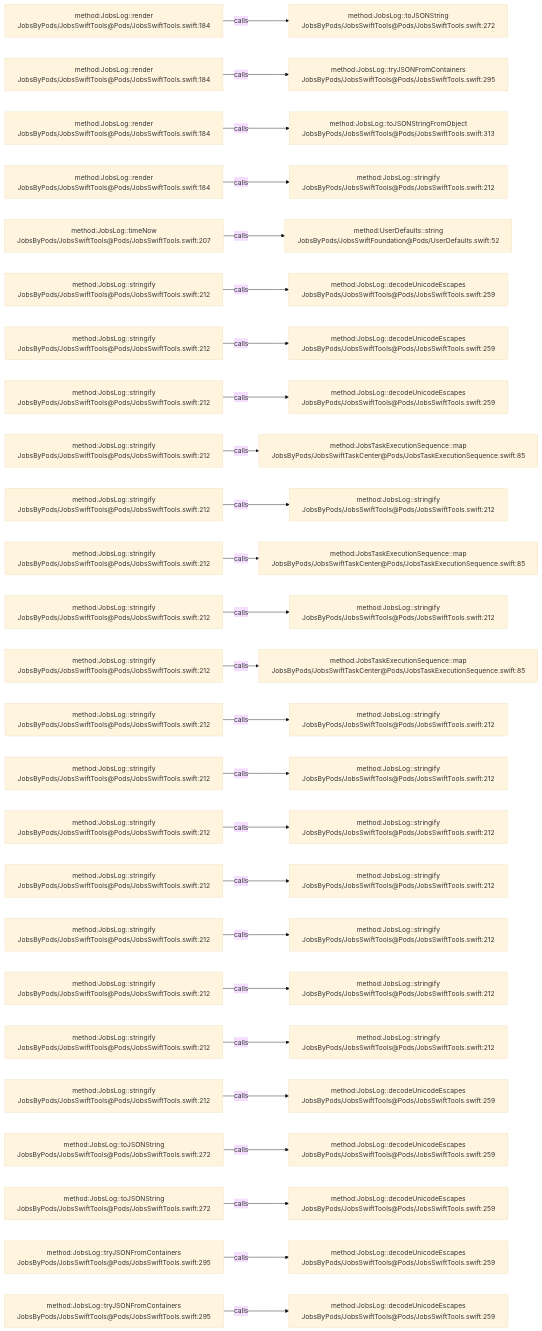
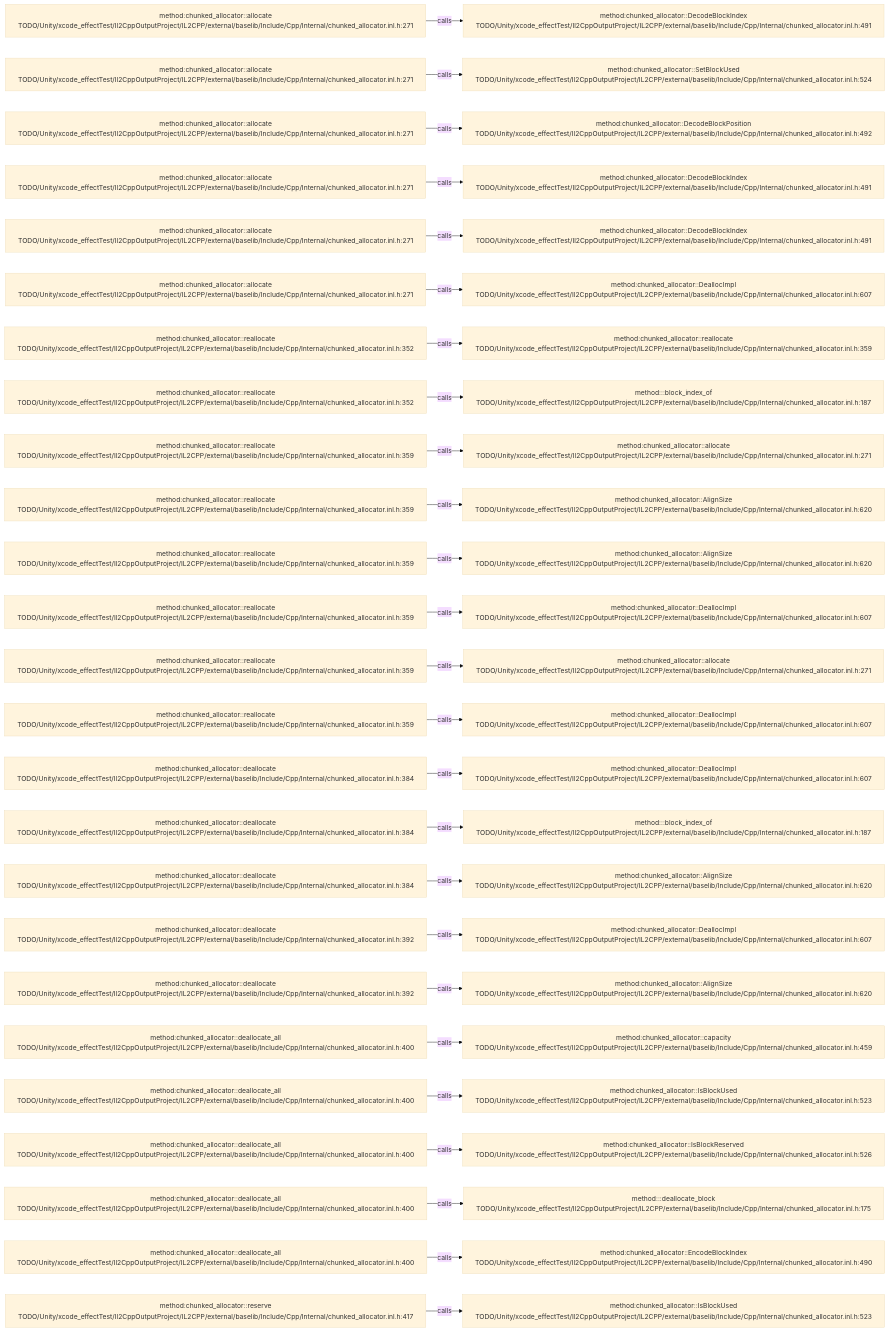
The diagram in .codegraph/codegraph.md/graphs/calls-064.md (JobsKits/JobsSwiftBaseConfigDemo), drawn with Mermaid (base theme) before and after one commit. The commit also changed 227 other files, not shown here.

````diff
--- a/.codegraph/codegraph.md/graphs/calls-064.md
+++ b/.codegraph/codegraph.md/graphs/calls-064.md
@@ -13,78 +13,78 @@
 ```mermaid
 flowchart LR
-  S1["method:JobsLog::render<br/>JobsByPods/JobsSwiftTools@Pods/JobsSwiftTools.swift:184"]
-  T1["method:JobsLog::toJSONString<br/>JobsByPods/JobsSwiftTools@Pods/JobsSwiftTools.swift:272"]
+  S1["method:chunked_allocator::allocate<br/>TODO/Unity/xcode_effectTest/Il2CppOutputProject/IL2CPP/external/baselib/Include/Cpp/Internal/chunked_allocator.inl.h:271"]
+  T1["method:chunked_allocator::DecodeBlockIndex<br/>TODO/Unity/xcode_effectTest/Il2CppOutputProject/IL2CPP/external/baselib/Include/Cpp/Internal/chunked_allocator.inl.h:491"]
   S1 -->|calls| T1
-  S2["method:JobsLog::render<br/>JobsByPods/JobsSwiftTools@Pods/JobsSwiftTools.swift:184"]
-  T2["method:JobsLog::tryJSONFromContainers<br/>JobsByPods/JobsSwiftTools@Pods/JobsSwiftTools.swift:295"]
+  S2["method:chunked_allocator::allocate<br/>TODO/Unity/xcode_effectTest/Il2CppOutputProject/IL2CPP/external/baselib/Include/Cpp/Internal/chunked_allocator.inl.h:271"]
+  T2["method:chunked_allocator::SetBlockUsed<br/>TODO/Unity/xcode_effectTest/Il2CppOutputProject/IL2CPP/external/baselib/Include/Cpp/Internal/chunked_allocator.inl.h:524"]
   S2 -->|calls| T2
-  S3["method:JobsLog::render<br/>JobsByPods/JobsSwiftTools@Pods/JobsSwiftTools.swift:184"]
-  T3["method:JobsLog::toJSONStringFromObject<br/>JobsByPods/JobsSwiftTools@Pods/JobsSwiftTools.swift:313"]
+  S3["method:chunked_allocator::allocate<br/>TODO/Unity/xcode_effectTest/Il2CppOutputProject/IL2CPP/external/baselib/Include/Cpp/Internal/chunked_allocator.inl.h:271"]
+  T3["method:chunked_allocator::DecodeBlockPosition<br/>TODO/Unity/xcode_effectTest/Il2CppOutputProject/IL2CPP/external/baselib/Include/Cpp/Internal/chunked_allocator.inl.h:492"]
   S3 -->|calls| T3
-  S4["method:JobsLog::render<br/>JobsByPods/JobsSwiftTools@Pods/JobsSwiftTools.swift:184"]
-  T4["method:JobsLog::stringify<br/>JobsByPods/JobsSwiftTools@Pods/JobsSwiftTools.swift:212"]
+  S4["method:chunked_allocator::allocate<br/>TODO/Unity/xcode_effectTest/Il2CppOutputProject/IL2CPP/external/baselib/Include/Cpp/Internal/chunked_allocator.inl.h:271"]
+  T4["method:chunked_allocator::DecodeBlockIndex<br/>TODO/Unity/xcode_effectTest/Il2CppOutputProject/IL2CPP/external/baselib/Include/Cpp/Internal/chunked_allocator.inl.h:491"]
   S4 -->|calls| T4
-  S5["method:JobsLog::timeNow<br/>JobsByPods/JobsSwiftTools@Pods/JobsSwiftTools.swift:207"]
-  T5["method:UserDefaults::string<br/>JobsByPods/JobsSwiftFoundation@Pods/UserDefaults.swift:52"]
+  S5["method:chunked_allocator::allocate<br/>TODO/Unity/xcode_effectTest/Il2CppOutputProject/IL2CPP/external/baselib/Include/Cpp/Internal/chunked_allocator.inl.h:271"]
+  T5["method:chunked_allocator::DecodeBlockIndex<br/>TODO/Unity/xcode_effectTest/Il2CppOutputProject/IL2CPP/external/baselib/Include/Cpp/Internal/chunked_allocator.inl.h:491"]
   S5 -->|calls| T5
-  S6["method:JobsLog::stringify<br/>JobsByPods/JobsSwiftTools@Pods/JobsSwiftTools.swift:212"]
-  T6["method:JobsLog::decodeUnicodeEscapes<br/>JobsByPods/JobsSwiftTools@Pods/JobsSwiftTools.swift:259"]
+  S6["method:chunked_allocator::allocate<br/>TODO/Unity/xcode_effectTest/Il2CppOutputProject/IL2CPP/external/baselib/Include/Cpp/Internal/chunked_allocator.inl.h:271"]
+  T6["method:chunked_allocator::DeallocImpl<br/>TODO/Unity/xcode_effectTest/Il2CppOutputProject/IL2CPP/external/baselib/Include/Cpp/Internal/chunked_allocator.inl.h:607"]
   S6 -->|calls| T6
-  S7["method:JobsLog::stringify<br/>JobsByPods/JobsSwiftTools@Pods/JobsSwiftTools.swift:212"]
-  T7["method:JobsLog::decodeUnicodeEscapes<br/>JobsByPods/JobsSwiftTools@Pods/JobsSwiftTools.swift:259"]
+  S7["method:chunked_allocator::reallocate<br/>TODO/Unity/xcode_effectTest/Il2CppOutputProject/IL2CPP/external/baselib/Include/Cpp/Internal/chunked_allocator.inl.h:352"]
+  T7["method:chunked_allocator::reallocate<br/>TODO/Unity/xcode_effectTest/Il2CppOutputProject/IL2CPP/external/baselib/Include/Cpp/Internal/chunked_allocator.inl.h:359"]
   S7 -->|calls| T7
-  S8["method:JobsLog::stringify<br/>JobsByPods/JobsSwiftTools@Pods/JobsSwiftTools.swift:212"]
-  T8["method:JobsLog::decodeUnicodeEscapes<br/>JobsByPods/JobsSwiftTools@Pods/JobsSwiftTools.swift:259"]
+  S8["method:chunked_allocator::reallocate<br/>TODO/Unity/xcode_effectTest/Il2CppOutputProject/IL2CPP/external/baselib/Include/Cpp/Internal/chunked_allocator.inl.h:352"]
+  T8["method:<anonymous>::block_index_of<br/>TODO/Unity/xcode_effectTest/Il2CppOutputProject/IL2CPP/external/baselib/Include/Cpp/Internal/chunked_allocator.inl.h:187"]
   S8 -->|calls| T8
-  S9["method:JobsLog::stringify<br/>JobsByPods/JobsSwiftTools@Pods/JobsSwiftTools.swift:212"]
-  T9["method:JobsTaskExecutionSequence::map<br/>JobsByPods/JobsSwiftTaskCenter@Pods/JobsTaskExecutionSequence.swift:85"]
+  S9["method:chunked_allocator::reallocate<br/>TODO/Unity/xcode_effectTest/Il2CppOutputProject/IL2CPP/external/baselib/Include/Cpp/Internal/chunked_allocator.inl.h:359"]
+  T9["method:chunked_allocator::allocate<br/>TODO/Unity/xcode_effectTest/Il2CppOutputProject/IL2CPP/external/baselib/Include/Cpp/Internal/chunked_allocator.inl.h:271"]
   S9 -->|calls| T9
-  S10["method:JobsLog::stringify<br/>JobsByPods/JobsSwiftTools@Pods/JobsSwiftTools.swift:212"]
-  T10["method:JobsLog::stringify<br/>JobsByPods/JobsSwiftTools@Pods/JobsSwiftTools.swift:212"]
+  S10["method:chunked_allocator::reallocate<br/>TODO/Unity/xcode_effectTest/Il2CppOutputProject/IL2CPP/external/baselib/Include/Cpp/Internal/chunked_allocator.inl.h:359"]
+  T10["method:chunked_allocator::AlignSize<br/>TODO/Unity/xcode_effectTest/Il2CppOutputProject/IL2CPP/external/baselib/Include/Cpp/Internal/chunked_allocator.inl.h:620"]
   S10 -->|calls| T10
-  S11["method:JobsLog::stringify<br/>JobsByPods/JobsSwiftTools@Pods/JobsSwiftTools.swift:212"]
-  T11["method:JobsTaskExecutionSequence::map<br/>JobsByPods/JobsSwiftTaskCenter@Pods/JobsTaskExecutionSequence.swift:85"]
+  S11["method:chunked_allocator::reallocate<br/>TODO/Unity/xcode_effectTest/Il2CppOutputProject/IL2CPP/external/baselib/Include/Cpp/Internal/chunked_allocator.inl.h:359"]
+  T11["method:chunked_allocator::AlignSize<br/>TODO/Unity/xcode_effectTest/Il2CppOutputProject/IL2CPP/external/baselib/Include/Cpp/Internal/chunked_allocator.inl.h:620"]
   S11 -->|calls| T11
-  S12["method:JobsLog::stringify<br/>JobsByPods/JobsSwiftTools@Pods/JobsSwiftTools.swift:212"]
-  T12["method:JobsLog::stringify<br/>JobsByPods/JobsSwiftTools@Pods/JobsSwiftTools.swift:212"]
+  S12["method:chunked_allocator::reallocate<br/>TODO/Unity/xcode_effectTest/Il2CppOutputProject/IL2CPP/external/baselib/Include/Cpp/Internal/chunked_allocator.inl.h:359"]
+  T12["method:chunked_allocator::DeallocImpl<br/>TODO/Unity/xcode_effectTest/Il2CppOutputProject/IL2CPP/external/baselib/Include/Cpp/Internal/chunked_allocator.inl.h:607"]
   S12 -->|calls| T12
-  S13["method:JobsLog::stringify<br/>JobsByPods/JobsSwiftTools@Pods/JobsSwiftTools.swift:212"]
-  T13["method:JobsTaskExecutionSequence::map<br/>JobsByPods/JobsSwiftTaskCenter@Pods/JobsTaskExecutionSequence.swift:85"]
+  S13["method:chunked_allocator::reallocate<br/>TODO/Unity/xcode_effectTest/Il2CppOutputProject/IL2CPP/external/baselib/Include/Cpp/Internal/chunked_allocator.inl.h:359"]
+  T13["method:chunked_allocator::allocate<br/>TODO/Unity/xcode_effectTest/Il2CppOutputProject/IL2CPP/external/baselib/Include/Cpp/Internal/chunked_allocator.inl.h:271"]
   S13 -->|calls| T13
-  S14["method:JobsLog::stringify<br/>JobsByPods/JobsSwiftTools@Pods/JobsSwiftTools.swift:212"]
-  T14["method:JobsLog::stringify<br/>JobsByPods/JobsSwiftTools@Pods/JobsSwiftTools.swift:212"]
+  S14["method:chunked_allocator::reallocate<br/>TODO/Unity/xcode_effectTest/Il2CppOutputProject/IL2CPP/external/baselib/Include/Cpp/Internal/chunked_allocator.inl.h:359"]
+  T14["method:chunked_allocator::DeallocImpl<br/>TODO/Unity/xcode_effectTest/Il2CppOutputProject/IL2CPP/external/baselib/Include/Cpp/Internal/chunked_allocator.inl.h:607"]
   S14 -->|calls| T14
-  S15["method:JobsLog::stringify<br/>JobsByPods/JobsSwiftTools@Pods/JobsSwiftTools.swift:212"]
-  T15["method:JobsLog::stringify<br/>JobsByPods/JobsSwiftTools@Pods/JobsSwiftTools.swift:212"]
+  S15["method:chunked_allocator::deallocate<br/>TODO/Unity/xcode_effectTest/Il2CppOutputProject/IL2CPP/external/baselib/Include/Cpp/Internal/chunked_allocator.inl.h:384"]
+  T15["method:chunked_allocator::DeallocImpl<br/>TODO/Unity/xcode_effectTest/Il2CppOutputProject/IL2CPP/external/baselib/Include/Cpp/Internal/chunked_allocator.inl.h:607"]
   S15 -->|calls| T15
-  S16["method:JobsLog::stringify<br/>JobsByPods/JobsSwiftTools@Pods/JobsSwiftTools.swift:212"]
-  T16["method:JobsLog::stringify<br/>JobsByPods/JobsSwiftTools@Pods/JobsSwiftTools.swift:212"]
+  S16["method:chunked_allocator::deallocate<br/>TODO/Unity/xcode_effectTest/Il2CppOutputProject/IL2CPP/external/baselib/Include/Cpp/Internal/chunked_allocator.inl.h:384"]
+  T16["method:<anonymous>::block_index_of<br/>TODO/Unity/xcode_effectTest/Il2CppOutputProject/IL2CPP/external/baselib/Include/Cpp/Internal/chunked_allocator.inl.h:187"]
   S16 -->|calls| T16
-  S17["method:JobsLog::stringify<br/>JobsByPods/JobsSwiftTools@Pods/JobsSwiftTools.swift:212"]
-  T17["method:JobsLog::stringify<br/>JobsByPods/JobsSwiftTools@Pods/JobsSwiftTools.swift:212"]
+  S17["method:chunked_allocator::deallocate<br/>TODO/Unity/xcode_effectTest/Il2CppOutputProject/IL2CPP/external/baselib/Include/Cpp/Internal/chunked_allocator.inl.h:384"]
+  T17["method:chunked_allocator::AlignSize<br/>TODO/Unity/xcode_effectTest/Il2CppOutputProject/IL2CPP/external/baselib/Include/Cpp/Internal/chunked_allocator.inl.h:620"]
   S17 -->|calls| T17
-  S18["method:JobsLog::stringify<br/>JobsByPods/JobsSwiftTools@Pods/JobsSwiftTools.swift:212"]
-  T18["method:JobsLog::stringify<br/>JobsByPods/JobsSwiftTools@Pods/JobsSwiftTools.swift:212"]
+  S18["method:chunked_allocator::deallocate<br/>TODO/Unity/xcode_effectTest/Il2CppOutputProject/IL2CPP/external/baselib/Include/Cpp/Internal/chunked_allocator.inl.h:392"]
+  T18["method:chunked_allocator::DeallocImpl<br/>TODO/Unity/xcode_effectTest/Il2CppOutputProject/IL2CPP/external/baselib/Include/Cpp/Internal/chunked_allocator.inl.h:607"]
   S18 -->|calls| T18
-  S19["method:JobsLog::stringify<br/>JobsByPods/JobsSwiftTools@Pods/JobsSwiftTools.swift:212"]
-  T19["method:JobsLog::stringify<br/>JobsByPods/JobsSwiftTools@Pods/JobsSwiftTools.swift:212"]
+  S19["method:chunked_allocator::deallocate<br/>TODO/Unity/xcode_effectTest/Il2CppOutputProject/IL2CPP/external/baselib/Include/Cpp/Internal/chunked_allocator.inl.h:392"]
+  T19["method:chunked_allocator::AlignSize<br/>TODO/Unity/xcode_effectTest/Il2CppOutputProject/IL2CPP/external/baselib/Include/Cpp/Internal/chunked_allocator.inl.h:620"]
   S19 -->|calls| T19
-  S20["method:JobsLog::stringify<br/>JobsByPods/JobsSwiftTools@Pods/JobsSwiftTools.swift:212"]
-  T20["method:JobsLog::stringify<br/>JobsByPods/JobsSwiftTools@Pods/JobsSwiftTools.swift:212"]
+  S20["method:chunked_allocator::deallocate_all<br/>TODO/Unity/xcode_effectTest/Il2CppOutputProject/IL2CPP/external/baselib/Include/Cpp/Internal/chunked_allocator.inl.h:400"]
+  T20["method:chunked_allocator::capacity<br/>TODO/Unity/xcode_effectTest/Il2CppOutputProject/IL2CPP/external/baselib/Include/Cpp/Internal/chunked_allocator.inl.h:459"]
   S20 -->|calls| T20
-  S21["method:JobsLog::stringify<br/>JobsByPods/JobsSwiftTools@Pods/JobsSwiftTools.swift:212"]
-  T21["method:JobsLog::decodeUnicodeEscapes<br/>JobsByPods/JobsSwiftTools@Pods/JobsSwiftTools.swift:259"]
+  S21["method:chunked_allocator::deallocate_all<br/>TODO/Unity/xcode_effectTest/Il2CppOutputProject/IL2CPP/external/baselib/Include/Cpp/Internal/chunked_allocator.inl.h:400"]
+  T21["method:chunked_allocator::IsBlockUsed<br/>TODO/Unity/xcode_effectTest/Il2CppOutputProject/IL2CPP/external/baselib/Include/Cpp/Internal/chunked_allocator.inl.h:523"]
   S21 -->|calls| T21
-  S22["method:JobsLog::toJSONString<br/>JobsByPods/JobsSwiftTools@Pods/JobsSwiftTools.swift:272"]
-  T22["method:JobsLog::decodeUnicodeEscapes<br/>JobsByPods/JobsSwiftTools@Pods/JobsSwiftTools.swift:259"]
+  S22["method:chunked_allocator::deallocate_all<br/>TODO/Unity/xcode_effectTest/Il2CppOutputProject/IL2CPP/external/baselib/Include/Cpp/Internal/chunked_allocator.inl.h:400"]
+  T22["method:chunked_allocator::IsBlockReserved<br/>TODO/Unity/xcode_effectTest/Il2CppOutputProject/IL2CPP/external/baselib/Include/Cpp/Internal/chunked_allocator.inl.h:526"]
   S22 -->|calls| T22
-  S23["method:JobsLog::toJSONString<br/>JobsByPods/JobsSwiftTools@Pods/JobsSwiftTools.swift:272"]
-  T23["method:JobsLog::decodeUnicodeEscapes<br/>JobsByPods/JobsSwiftTools@Pods/JobsSwiftTools.swift:259"]
+  S23["method:chunked_allocator::deallocate_all<br/>TODO/Unity/xcode_effectTest/Il2CppOutputProject/IL2CPP/external/baselib/Include/Cpp/Internal/chunked_allocator.inl.h:400"]
+  T23["method:<anonymous>::deallocate_block<br/>TODO/Unity/xcode_effectTest/Il2CppOutputProject/IL2CPP/external/baselib/Include/Cpp/Internal/chunked_allocator.inl.h:175"]
   S23 -->|calls| T23
-  S24["method:JobsLog::tryJSONFromContainers<br/>JobsByPods/JobsSwiftTools@Pods/JobsSwiftTools.swift:295"]
-  T24["method:JobsLog::decodeUnicodeEscapes<br/>JobsByPods/JobsSwiftTools@Pods/JobsSwiftTools.swift:259"]
+  S24["method:chunked_allocator::deallocate_all<br/>TODO/Unity/xcode_effectTest/Il2CppOutputProject/IL2CPP/external/baselib/Include/Cpp/Internal/chunked_allocator.inl.h:400"]
+  T24["method:chunked_allocator::EncodeBlockIndex<br/>TODO/Unity/xcode_effectTest/Il2CppOutputProject/IL2CPP/external/baselib/Include/Cpp/Internal/chunked_allocator.inl.h:490"]
   S24 -->|calls| T24
-  S25["method:JobsLog::tryJSONFromContainers<br/>JobsByPods/JobsSwiftTools@Pods/JobsSwiftTools.swift:295"]
-  T25["method:JobsLog::decodeUnicodeEscapes<br/>JobsByPods/JobsSwiftTools@Pods/JobsSwiftTools.swift:259"]
+  S25["method:chunked_allocator::reserve<br/>TODO/Unity/xcode_effectTest/Il2CppOutputProject/IL2CPP/external/baselib/Include/Cpp/Internal/chunked_allocator.inl.h:417"]
+  T25["method:chunked_allocator::IsBlockUsed<br/>TODO/Unity/xcode_effectTest/Il2CppOutputProject/IL2CPP/external/baselib/Include/Cpp/Internal/chunked_allocator.inl.h:523"]
   S25 -->|calls| T25
 ```
````
